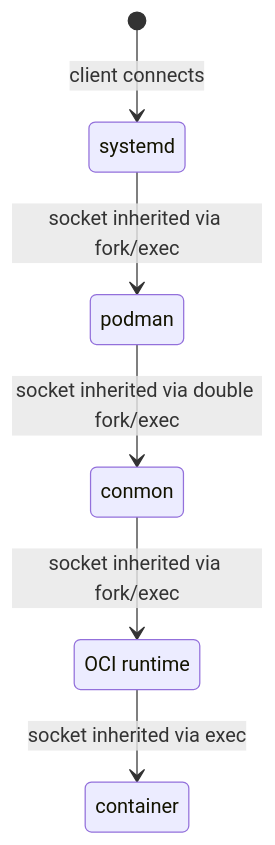
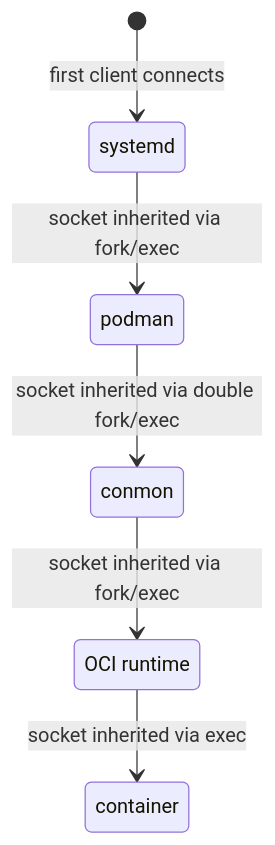
The second of 2 diagrams in docs/tutorials/socket_activation.md (containers/podman), drawn with Mermaid before and after one commit. The commit also changed other lines of this file, not shown here.

````diff
--- a/docs/tutorials/socket_activation.md
+++ b/docs/tutorials/socket_activation.md
@@ -66,9 +69,9 @@
 ``` mermaid
 stateDiagram-v2
-    [*] --> systemd: client connects
+    [*] --> systemd: first client connects
     systemd --> podman: socket inherited via fork/exec
     state "OCI runtime" as s2
     podman --> conmon: socket inherited via double fork/exec
     conmon --> s2: socket inherited via fork/exec
     s2 --> container: socket inherited via exec
 ```
````
